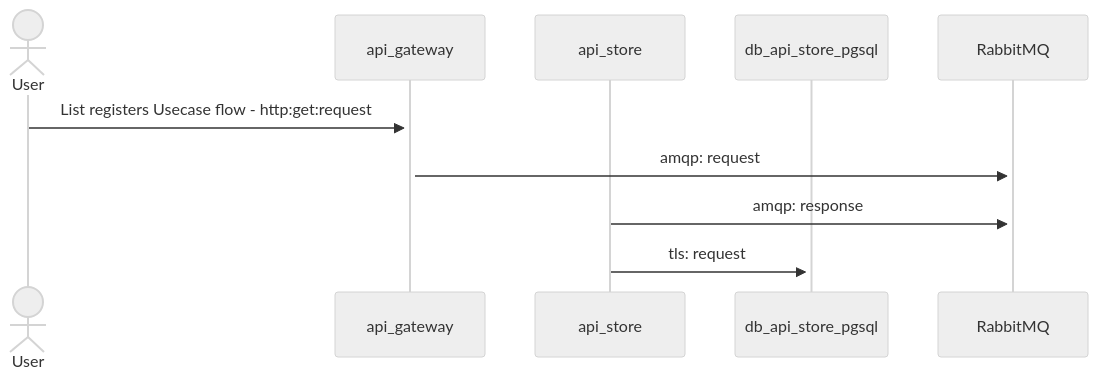
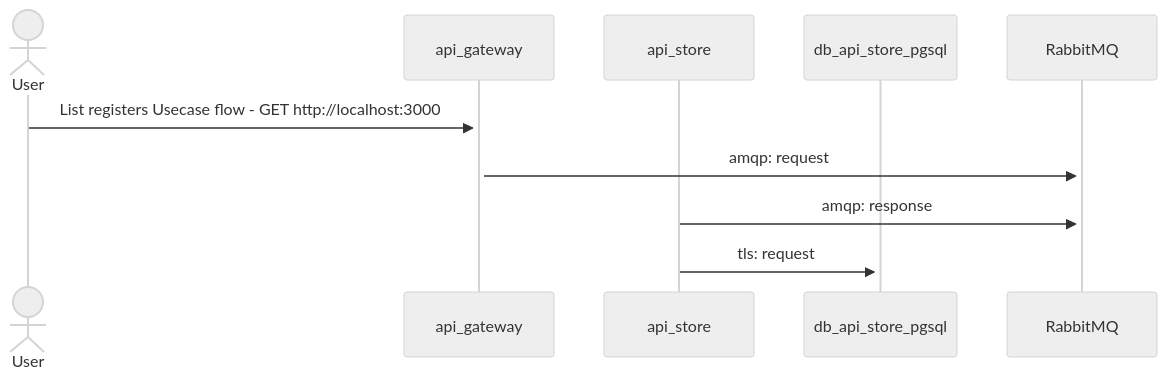
One commit to cristiano182/node.js-grpc-rabbitmq changed the second of 2 diagrams in README.md. Above: the diagram before and after it, drawn with Mermaid (neutral theme). The commit also changed other lines of this file, not shown here.

````diff
--- a/README.md
+++ b/README.md
@@ -19,13 +19,13 @@
 ```mermaid
 sequenceDiagram
     actor User
     participant api_gateway
     participant api_store
     participant db_api_store_pgsql
     participant RabbitMQ
 
-    User  ->>+ api_gateway: List registers Usecase flow - http:get:request
+    User  ->>+ api_gateway: List registers Usecase flow - GET http://localhost:3000
     api_gateway     ->>+ RabbitMQ:     amqp: request
     api_store     ->>+ RabbitMQ:      amqp: response
     api_store      ->>+ db_api_store_pgsql: tls: request
 ```
````
